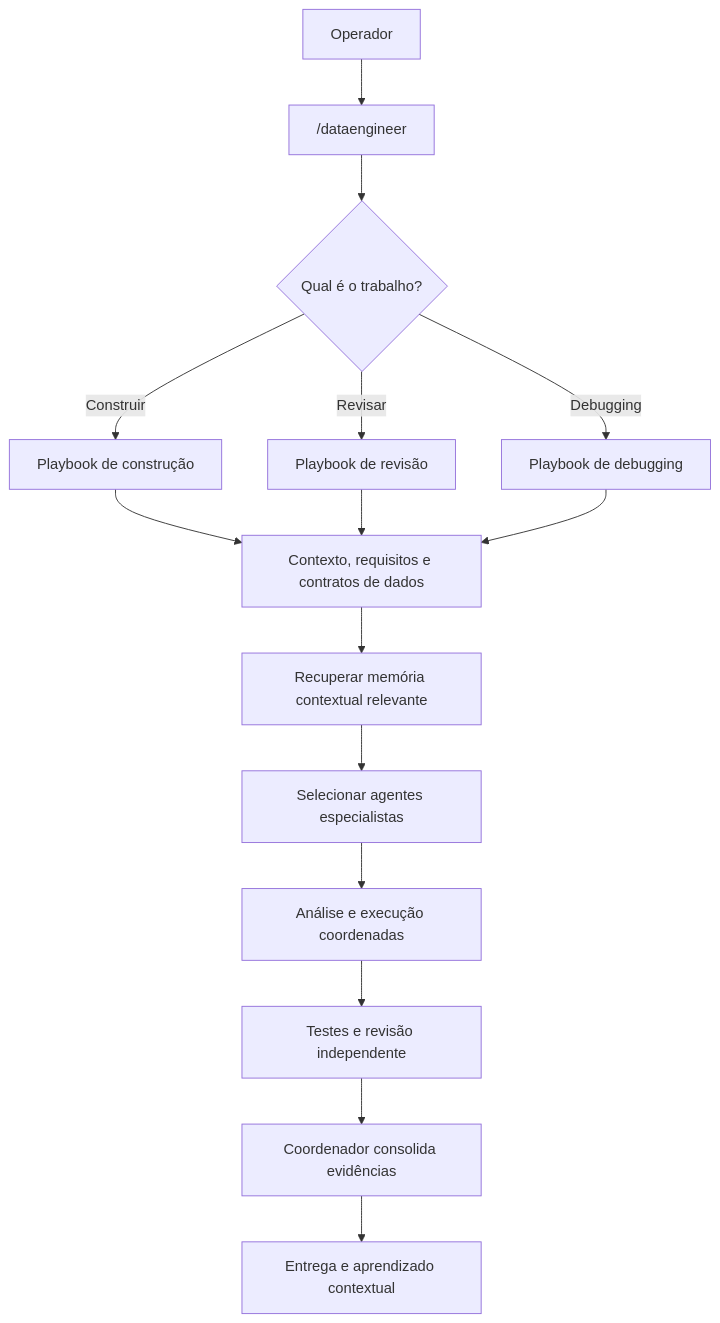
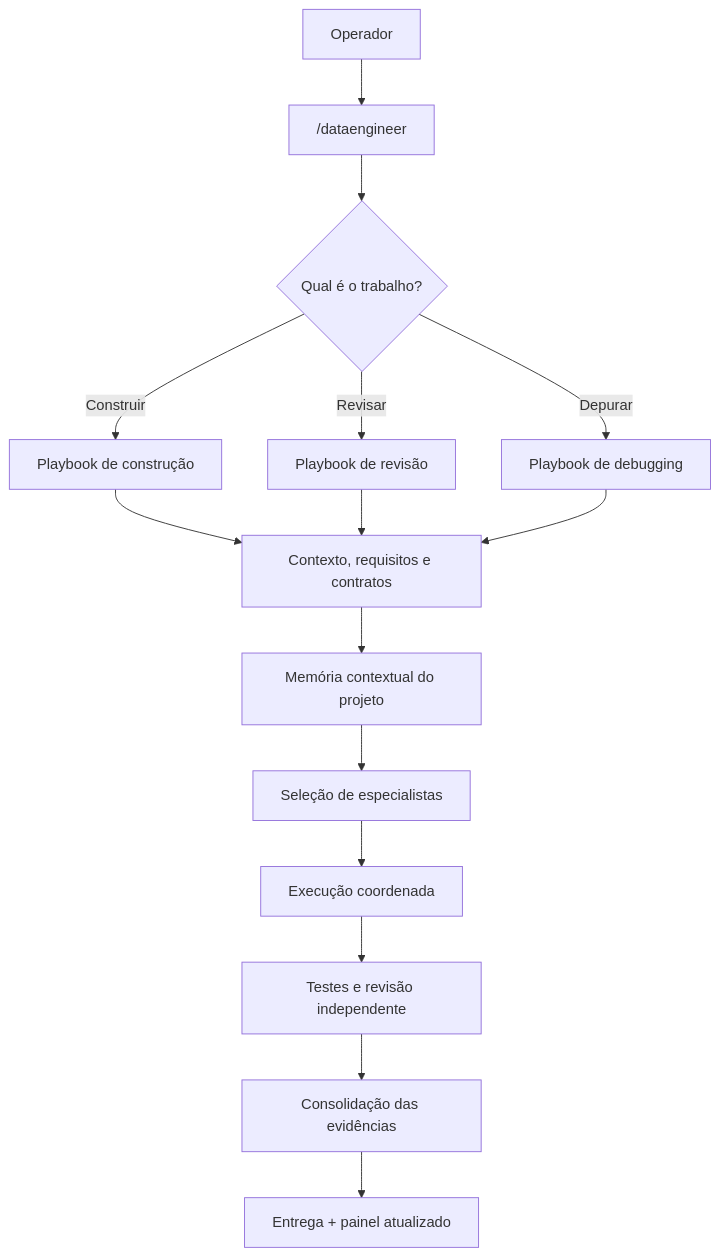
Before and after one commit to carlos-dataengineer/master-data-engineer: the second of 2 diagrams in README.md, drawn with Mermaid. The commit also changed other lines of this file and 43 other files, not shown here.

````diff
--- a/README.md
+++ b/README.md
@@ -46,17 +269,15 @@
 ```mermaid
 flowchart TD
     U[Operador] --> CMD["/dataengineer"]
     CMD --> Q{Qual é o trabalho?}
     Q -->|Construir| B[Playbook de construção]
     Q -->|Revisar| R[Playbook de revisão]
-    Q -->|Debugging| D[Playbook de debugging]
-    B --> C[Contexto, requisitos e contratos de dados]
-    R --> C
-    D --> C
-    C --> M[Recuperar memória contextual relevante]
-    M --> S[Selecionar agentes especialistas]
-    S --> W[Análise e execução coordenadas]
+    Q -->|Depurar| D[Playbook de debugging]
+    B & R & D --> C[Contexto, requisitos e contratos]
+    C --> M[Memória contextual do projeto]
+    M --> S[Seleção de especialistas]
+    S --> W[Execução coordenada]
     W --> V[Testes e revisão independente]
-    V --> F[Coordenador consolida evidências]
-    F --> O[Entrega e aprendizado contextual]
+    V --> F[Consolidação das evidências]
+    F --> O[Entrega + painel atualizado]
 ```
````
